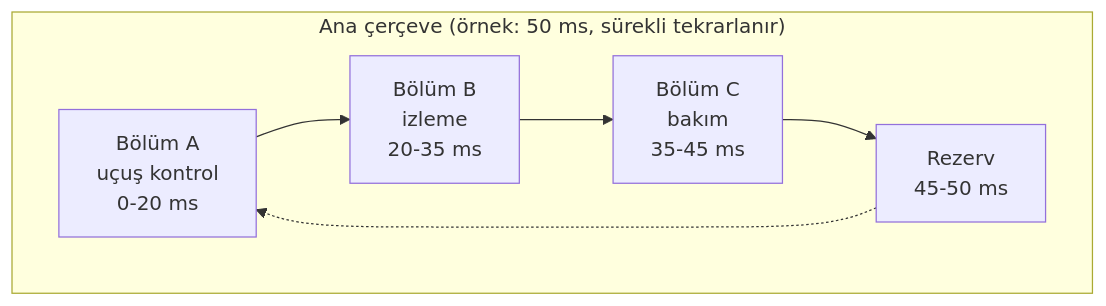
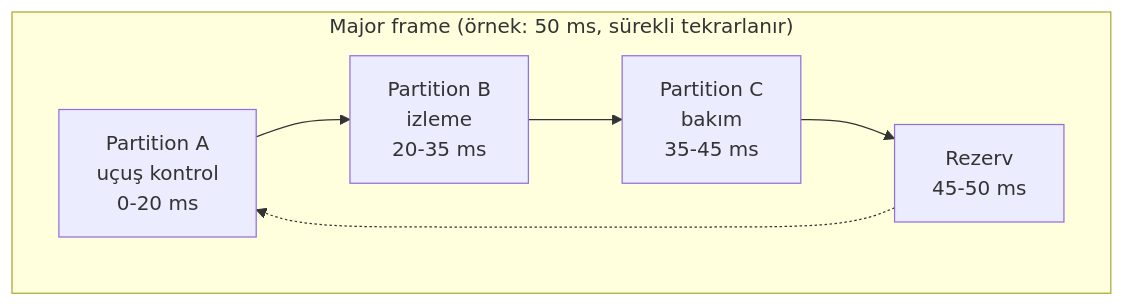
The diagram in kitap/05-ozel-konular/21-yazilim-bolumlemesi.mdx (Mavrikant/aviyonikyazilim), drawn with Mermaid before and after one commit. The commit also changed other lines of this file and 60 other files, not shown here.

````diff
--- a/kitap/05-ozel-konular/21-yazilim-bolumlemesi.mdx
+++ b/kitap/05-ozel-konular/21-yazilim-bolumlemesi.mdx
@@ -165,10 +164,10 @@
 ```mermaid
 flowchart LR
-    subgraph MF["Ana çerçeve (örnek: 50 ms, sürekli tekrarlanır)"]
+    subgraph MF["Major frame (örnek: 50 ms, sürekli tekrarlanır)"]
         direction LR
-        A["Bölüm A<br/>uçuş kontrol<br/>0-20 ms"] --> B["Bölüm B<br/>izleme<br/>20-35 ms"]
-        B --> C["Bölüm C<br/>bakım<br/>35-45 ms"]
+        A["Partition A<br/>uçuş kontrol<br/>0-20 ms"] --> B["Partition B<br/>izleme<br/>20-35 ms"]
+        B --> C["Partition C<br/>bakım<br/>35-45 ms"]
         C --> R["Rezerv<br/>45-50 ms"]
     end
     R -.-> A
 ```
````
